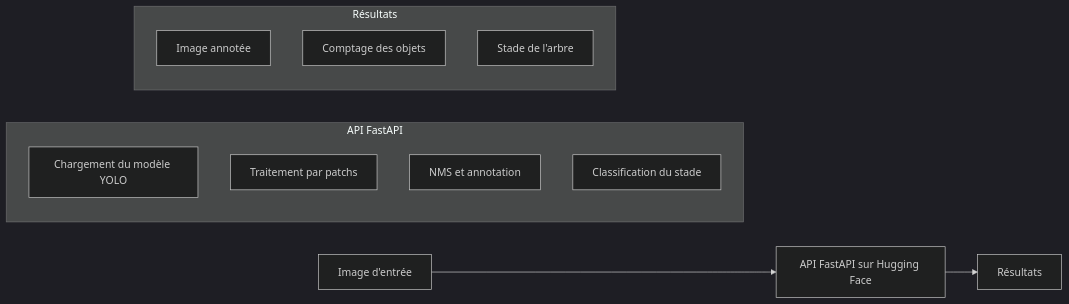
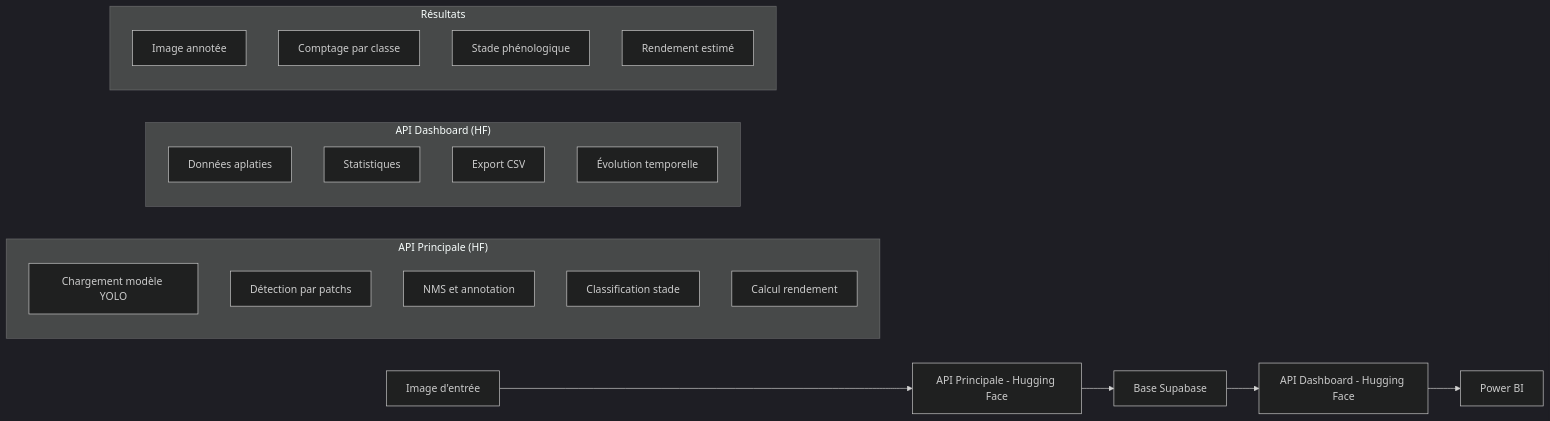
The diagram in docs/docs/MLops/05-model-deployment.md (fatimabelgazem/stade-pheno), drawn with Mermaid (dark theme) before and after one commit. The commit also changed other lines of this file and 44 other files, not shown here.

````diff
--- a/docs/docs/MLops/05-model-deployment.md
+++ b/docs/docs/MLops/05-model-deployment.md
@@ -21,18 +22,29 @@
-``` mermaid
+```mermaid
 graph LR
-    A[Image d'entrée] --> B[API FastAPI sur Hugging Face]
-    B --> C[Résultats]
+    A[Image d'entrée] --> B[API Principale - Hugging Face]
+    B --> C[Base Supabase]
+    C --> D[API Dashboard - Hugging Face]
+    D --> E[Power BI]
     
-    subgraph "API FastAPI"
-    D[Chargement du modèle YOLO]
-    E[Traitement par patchs]
-    F[NMS et annotation]
-    G[Classification du stade]
+    subgraph "API Principale (HF)"
+    F[Chargement modèle YOLO]
+    G[Détection par patchs]
+    H[NMS et annotation]
+    I[Classification stade]
+    J[Calcul rendement]
+    end
+    
+    subgraph "API Dashboard (HF)"
+    K[Données aplaties]
+    L[Statistiques]
+    M[Export CSV]
+    N[Évolution temporelle]
     end
     
     subgraph "Résultats"
-    H[Image annotée]
-    I[Comptage des objets]
-    J[Stade de l'arbre]
+    O[Image annotée]
+    P[Comptage par classe]
+    Q[Stade phénologique]
+    R[Rendement estimé]
     end
 ```
````
